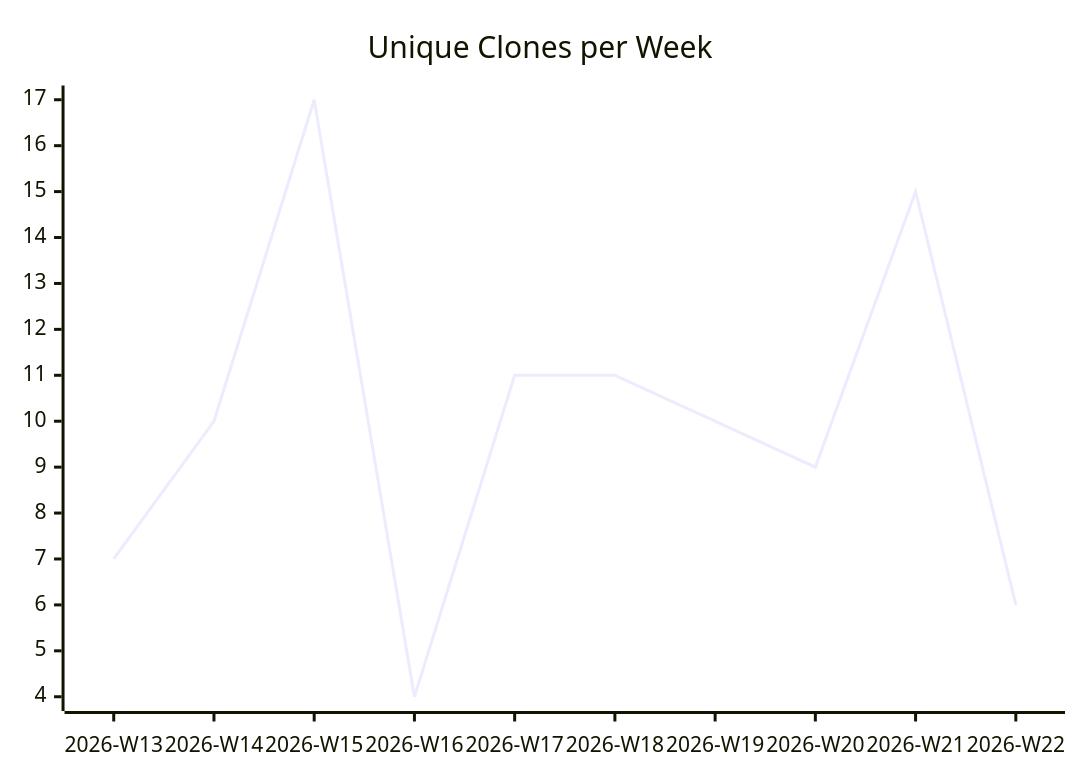
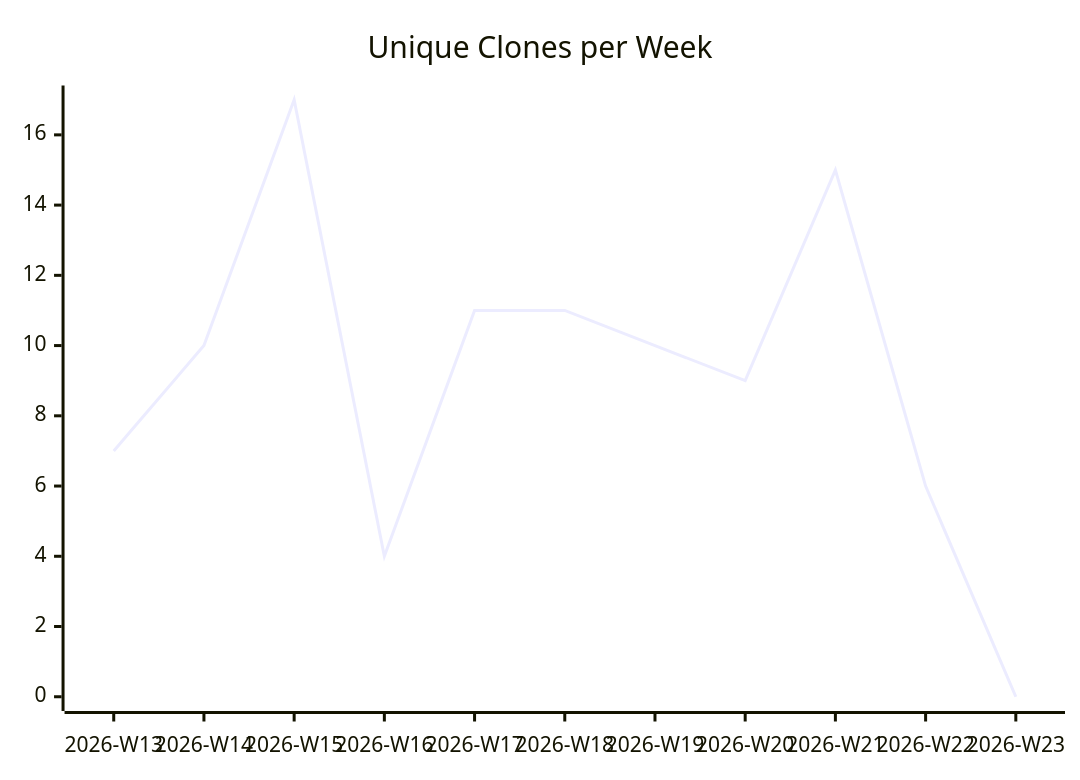
One commit to justdavis-family/github-analytics-data changed the third of 3 diagrams in karlmdavis/ksoap2-android/README.md. Above: the diagram before and after it, drawn with Mermaid. The commit also changed other lines of this file and 186 other files, not shown here.

````diff
--- a/karlmdavis/ksoap2-android/README.md
+++ b/karlmdavis/ksoap2-android/README.md
@@ -19,6 +19,6 @@
 ```mermaid
 xychart-beta
   title "Unique Clones per Week"
-  x-axis ["2026-W13", "2026-W14", "2026-W15", "2026-W16", "2026-W17", "2026-W18", "2026-W19", "2026-W20", "2026-W21", "2026-W22"]
-  line [7, 10, 17, 4, 11, 11, 10, 9, 15, 6]
+  x-axis ["2026-W13", "2026-W14", "2026-W15", "2026-W16", "2026-W17", "2026-W18", "2026-W19", "2026-W20", "2026-W21", "2026-W22", "2026-W23"]
+  line [7, 10, 17, 4, 11, 11, 10, 9, 15, 6, 0]
 ```
````
